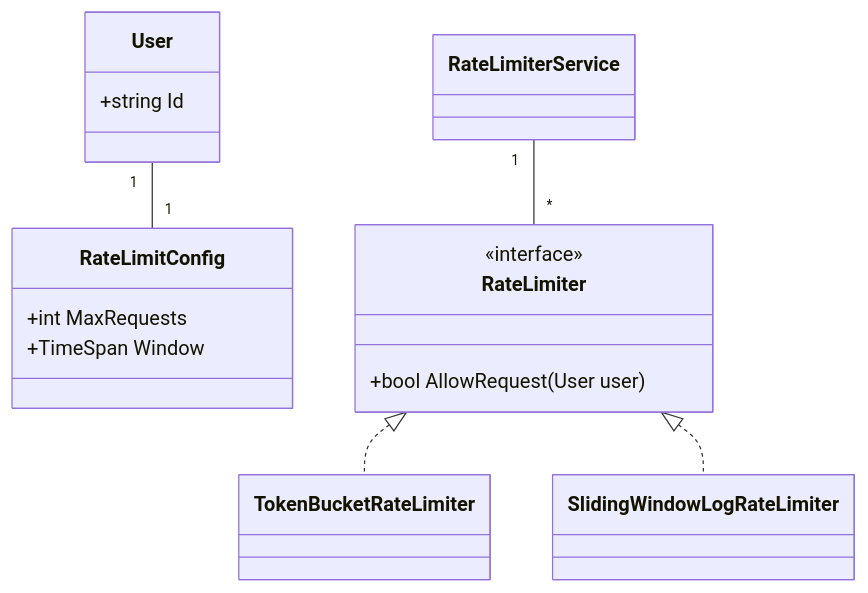
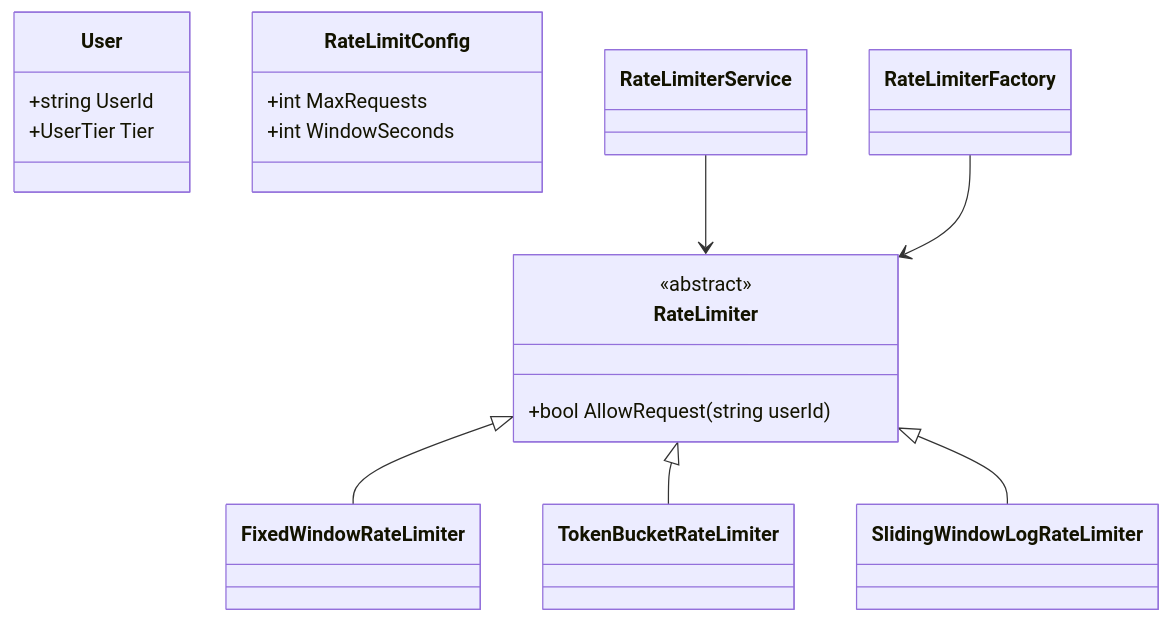
One commit to shanrastogi/Csharp-LLD-Practice changed the fourth of 8 diagrams in c_lld_revision_notes.md. Above: the diagram before and after it, drawn with Mermaid. The commit also changed other lines of this file, not shown here.

````diff
--- a/c_lld_revision_notes.md
+++ b/c_lld_revision_notes.md
@@ -118,20 +168,26 @@
 ```mermaid
 classDiagram
     class User {
-        +string Id
+        +string UserId
+        +UserTier Tier
     }
     class RateLimitConfig {
         +int MaxRequests
-        +TimeSpan Window
+        +int WindowSeconds
     }
     class RateLimiter {
-        <<interface>>
-        +bool AllowRequest(User user)
+        <<abstract>>
+        +bool AllowRequest(string userId)
     }
+    class FixedWindowRateLimiter
     class TokenBucketRateLimiter
     class SlidingWindowLogRateLimiter
-    RateLimiter <|.. TokenBucketRateLimiter
-    RateLimiter <|.. SlidingWindowLogRateLimiter
-    RateLimiterService "1" -- "*" RateLimiter
-    User "1" -- "1" RateLimitConfig
-```
+    class RateLimiterService
+    class RateLimiterFactory
+
+    RateLimiter <|-- FixedWindowRateLimiter
+    RateLimiter <|-- TokenBucketRateLimiter
+    RateLimiter <|-- SlidingWindowLogRateLimiter
+    RateLimiterService --> RateLimiter
+    RateLimiterFactory --> RateLimiter
+``` 
````
